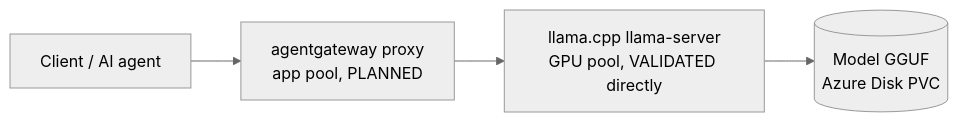
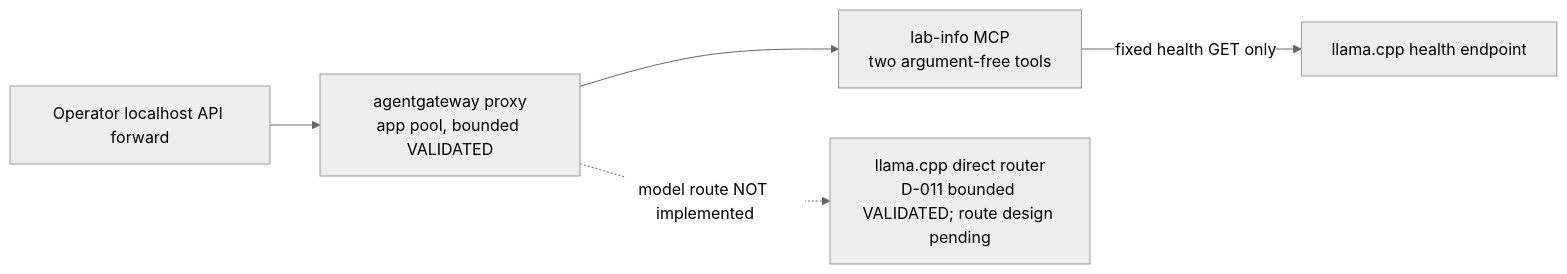
The diagram in docs/architecture.md (abhisheksinghcs/k8s-agent-gateway), drawn with Mermaid (neutral theme) before and after one commit. The commit also changed other lines of this file and 10 other files, not shown here.

First line of the commit message:
Validate private gateway MCP and harden GPU model router

````diff
--- a/docs/architecture.md
+++ b/docs/architecture.md
@@ -7,6 +50,7 @@
 ```mermaid
 flowchart LR
-  C[Client / AI agent] --> G[agentgateway proxy<br/>app pool, PLANNED]
-  G --> L[llama.cpp llama-server<br/>GPU pool, VALIDATED directly]
-  L --> M[(Model GGUF<br/>Azure Disk PVC)]
+  C[Operator localhost API forward] --> G[agentgateway proxy<br/>app pool, bounded VALIDATED]
+  G --> I[lab-info MCP<br/>two argument-free tools]
+  I -->|fixed health GET only| L[llama.cpp health endpoint]
+  G -. model route NOT implemented .-> R[llama.cpp direct router<br/>D-011 bounded VALIDATED; route design pending]
 ```
````
